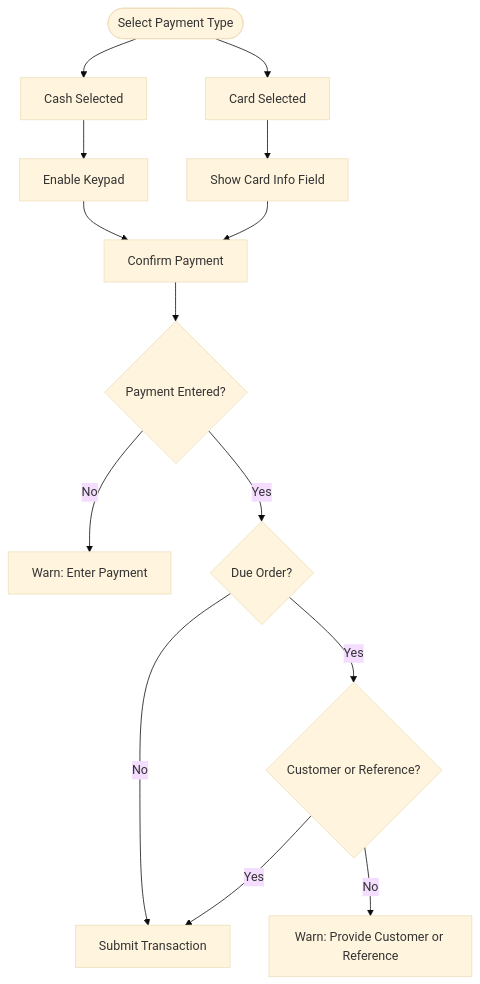
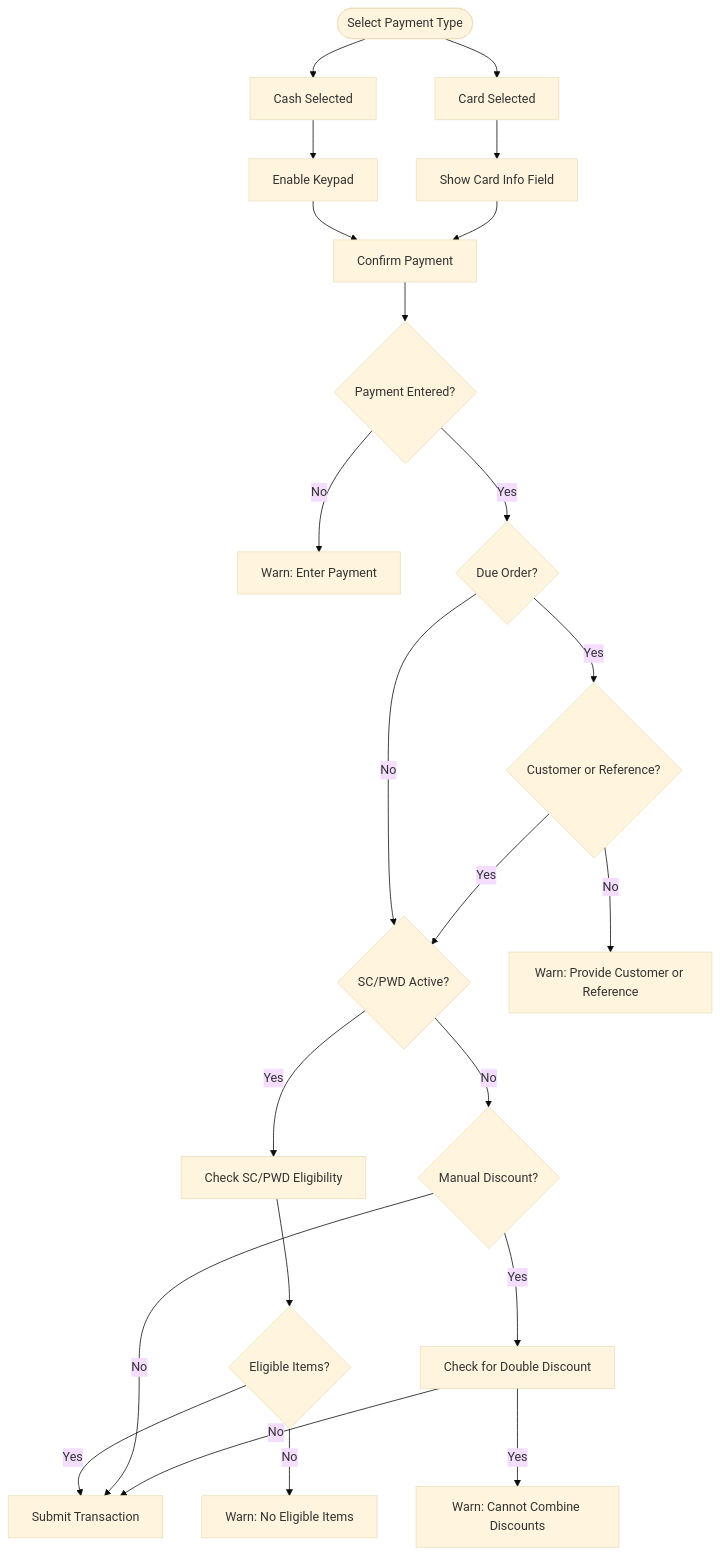
Before and after one commit to yosefdc7/PharmaPOS: the ninth of 13 diagrams in .qoder/repowiki/en/content/Frontend Interface/Checkout System.md, drawn with Mermaid (base theme). The commit also changed other lines of this file and 11 other files, not shown here.

````diff
--- a/.qoder/repowiki/en/content/Frontend Interface/Checkout System.md
+++ b/.qoder/repowiki/en/content/Frontend Interface/Checkout System.md
@@ -283,16 +394,25 @@
 ```mermaid
 flowchart TD
 PMStart(["Select Payment Type"]) --> Cash["Cash Selected"]
 PMStart --> Card["Card Selected"]
 Cash --> EnableKeypad["Enable Keypad"]
 Card --> ShowCardInfo["Show Card Info Field"]
 EnableKeypad --> Confirm["Confirm Payment"]
 ShowCardInfo --> Confirm
 Confirm --> ValidateAmt{"Payment Entered?"}
 ValidateAmt --> |No| WarnAmt["Warn: Enter Payment"]
 ValidateAmt --> |Yes| ValidateDue{"Due Order?"}
-ValidateDue --> |No| Submit["Submit Transaction"]
+ValidateDue --> |No| ValidateSCPD{"SC/PWD Active?"}
 ValidateDue --> |Yes| ValidateRef{"Customer or Reference?"}
 ValidateRef --> |No| WarnRef["Warn: Provide Customer or Reference"]
-ValidateRef --> |Yes| Submit
+ValidateRef --> |Yes| ValidateSCPD
+ValidateSCPD --> |Yes| CheckEligibility["Check SC/PWD Eligibility"]
+ValidateSCPD --> |No| ValidateDiscount{"Manual Discount?"}
+CheckEligibility --> Eligible{"Eligible Items?"}
+Eligible --> |Yes| Submit["Submit Transaction"]
+Eligible --> |No| WarnEligibility["Warn: No Eligible Items"]
+ValidateDiscount --> |Yes| CheckDouble["Check for Double Discount"]
+ValidateDiscount --> |No| Submit
+CheckDouble --> |Yes| WarnDouble["Warn: Cannot Combine Discounts"]
+CheckDouble --> |No| Submit
 ```
````
